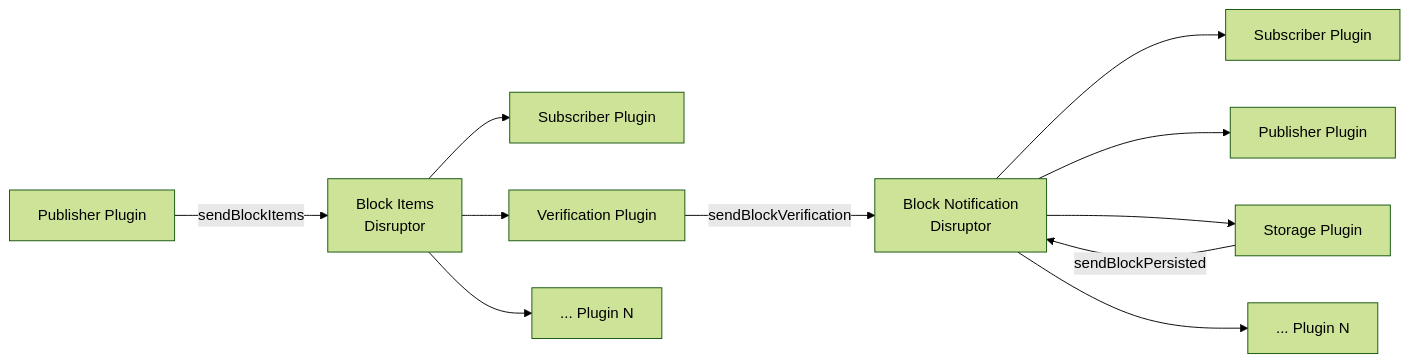
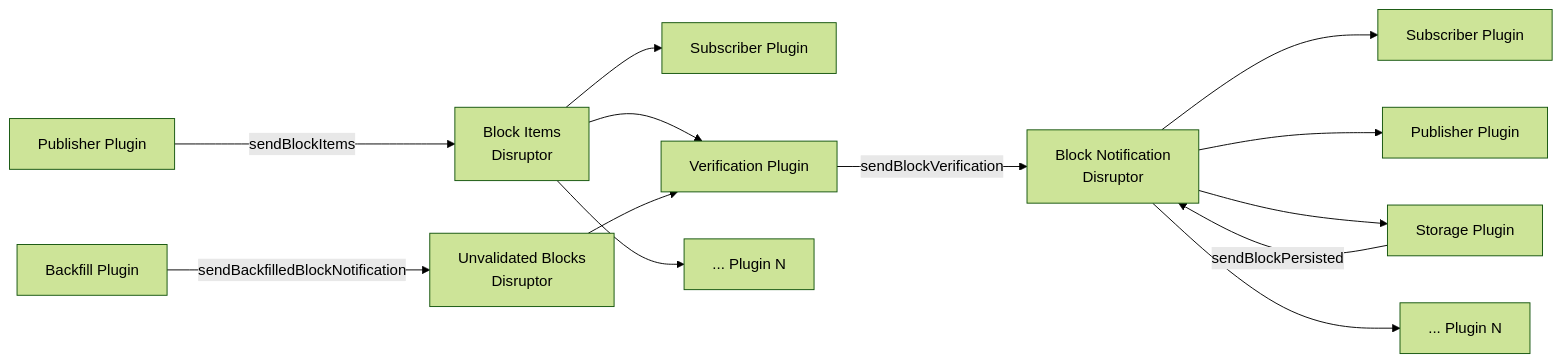
Before and after one commit to hiero-ledger/hiero-block-node: the third of 4 diagrams in docs/design/architecture/current-plugin-architecture.md, drawn with Mermaid (forest theme). The commit also changed other lines of this file and 10 other files, not shown here.

````diff
--- a/docs/design/architecture/current-plugin-architecture.md
+++ b/docs/design/architecture/current-plugin-architecture.md
@@ -356,14 +372,17 @@
 ```mermaid
 flowchart LR
     PUB[Publisher Plugin] -->|sendBlockItems| BI[Block Items\nDisruptor]
     BI --> SUB[Subscriber Plugin]
     BI --> VER[Verification Plugin]
     BI --> N1[... Plugin N]
+
+    BF[Backfill Plugin] -->|sendBackfilledBlockNotification| UB[Unvalidated Blocks\nDisruptor]
+    UB --> VER
 
     VER -->|sendBlockVerification| BN[Block Notification\nDisruptor]
     STOR[Storage Plugin] -->|sendBlockPersisted| BN
     BN --> SUB2[Subscriber Plugin]
     BN --> PUB2[Publisher Plugin]
     BN --> STOR[Storage Plugin]
     BN --> N2[... Plugin N]
 ```
````
